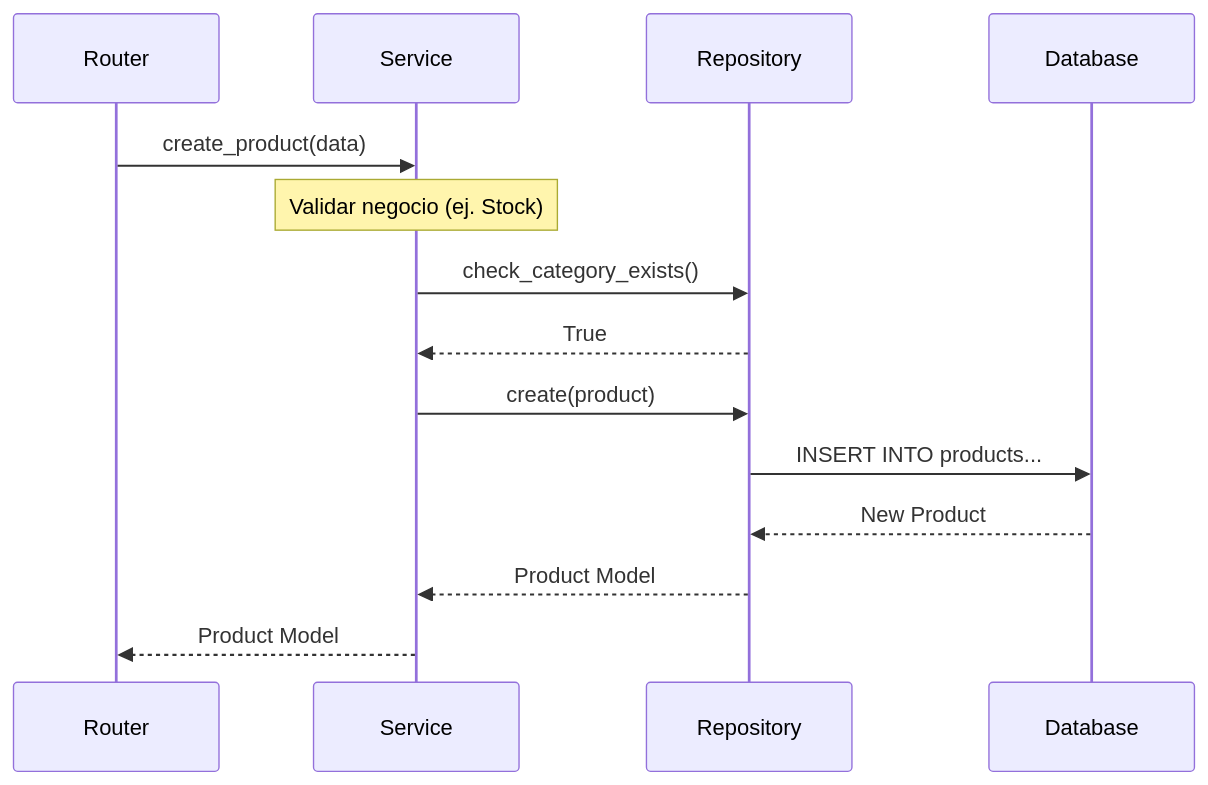
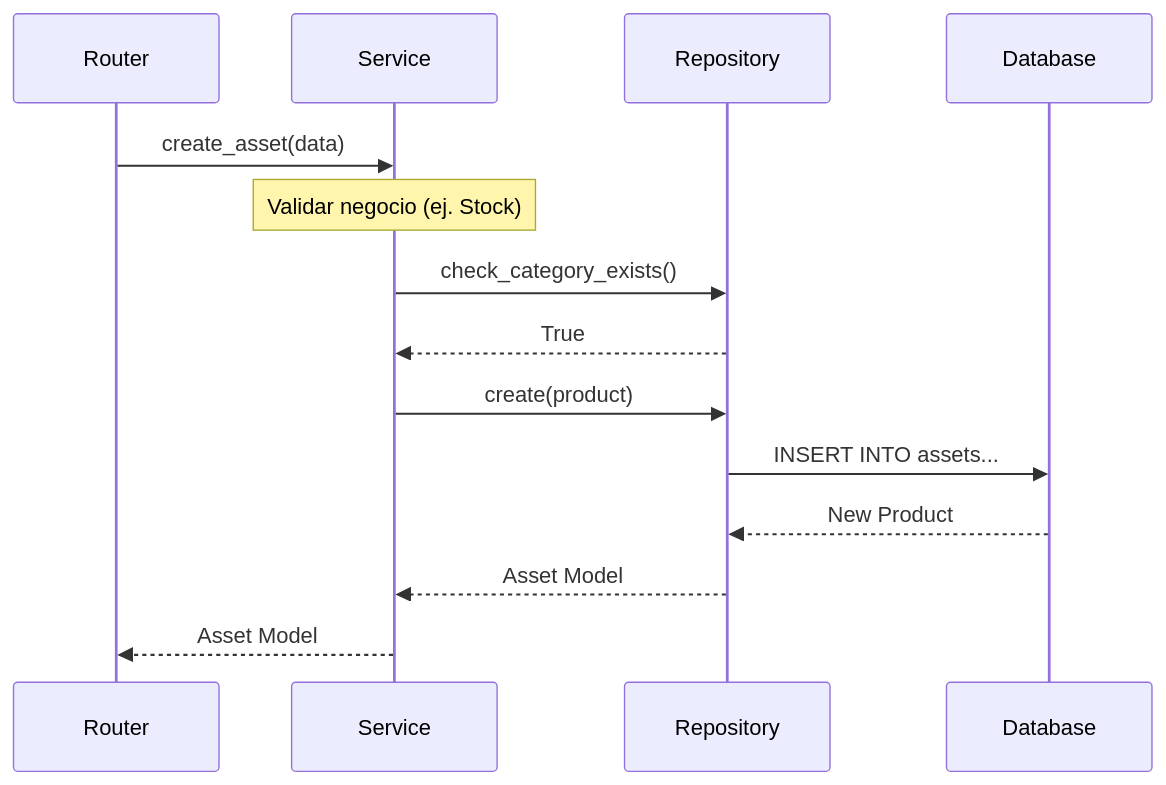
One commit to henrytaby/uyuni-backend-py changed the second of 2 diagrams in docs/DESIGN_PATTERNS_GUIDE.md. Above: the diagram before and after it, drawn with Mermaid. The commit also changed other lines of this file and 58 other files, not shown here.

````diff
--- a/docs/DESIGN_PATTERNS_GUIDE.md
+++ b/docs/DESIGN_PATTERNS_GUIDE.md
@@ -52,17 +52,17 @@
 ```mermaid
 sequenceDiagram
     participant R as Router
     participant S as Service
     participant RP as Repository
     participant DB as Database
 
-    R->>S: create_product(data)
+    R->>S: create_asset(data)
     Note over S: Validar negocio (ej. Stock)
     S->>RP: check_category_exists()
     RP-->>S: True
     S->>RP: create(product)
-    RP->>DB: INSERT INTO products...
+    RP->>DB: INSERT INTO assets...
     DB-->>RP: New Product
-    RP-->>S: Product Model
-    S-->>R: Product Model
+    RP-->>S: Asset Model
+    S-->>R: Asset Model
 ```
````
